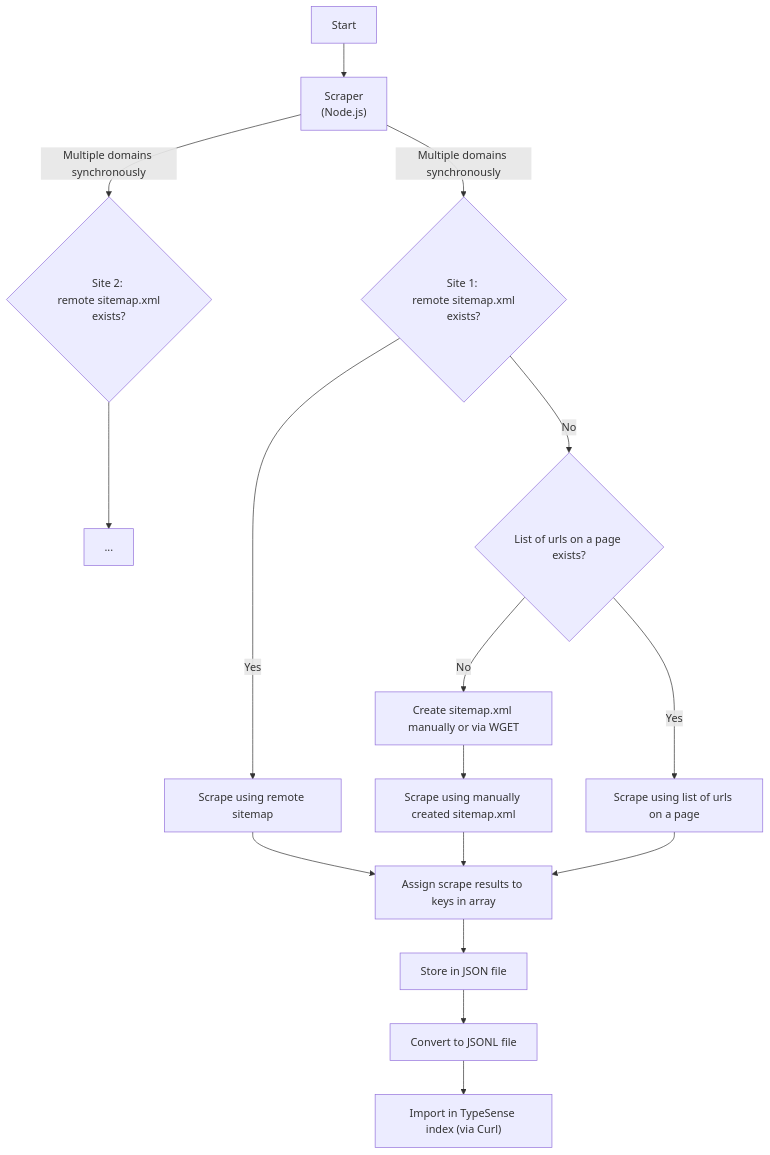
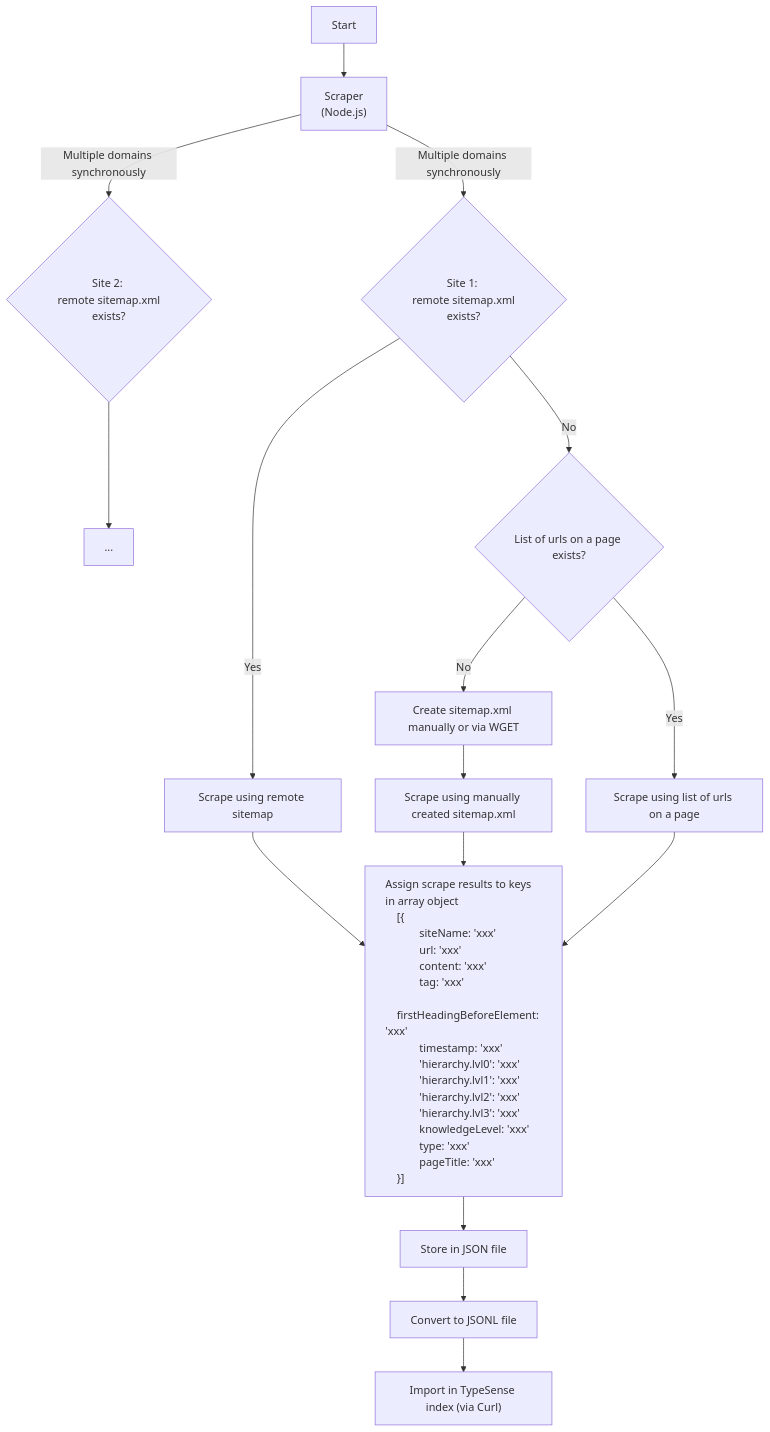
Before and after one commit to WebOfTrust/WOT-terms: the diagram in docs/howto/Create-search-index.md, drawn with Mermaid.

Commit message:
New content

````diff
--- a/docs/howto/Create-search-index.md
+++ b/docs/howto/Create-search-index.md
@@ -3,35 +3,52 @@
 ```mermaid
 
 graph TD
     Start -->
 
     Scraper["Scraper\n(Node.js)"]
     
     Scraper -->|Multiple domains synchronously|N{"Site 1: \n remote sitemap.xml exists?"}
     
     Scraper --> |Multiple domains synchronously|M{"Site 2: \n remote sitemap.xml exists?"} --> ...
     
     N --> |Yes| B[Scrape using remote sitemap]
     
     N --> |No| O{"List of urls on a page exists?"} 
     
     O --> |Yes| P[Scrape using list of urls on a page]
 
     O --> |No| sdf["Create sitemap.xml manually or via WGET"]
 
     sdf --> fgkwiw["Scrape using manually created sitemap.xml"]
 
-    assignKeys["Assign scrape results to keys in array"]
+    assignKeys["Assign scrape results to keys in array object
+    [{
+        &nbsp;&nbsp;&nbsp;&nbsp;siteName: 'xxx'
+        &nbsp;&nbsp;&nbsp;&nbsp;url: 'xxx'
+        &nbsp;&nbsp;&nbsp;&nbsp;content: 'xxx'
+        &nbsp;&nbsp;&nbsp;&nbsp;tag: 'xxx'
+        &nbsp;&nbsp;&nbsp;&nbsp;firstHeadingBeforeElement: 'xxx'
+        &nbsp;&nbsp;&nbsp;&nbsp;timestamp: 'xxx'
+        &nbsp;&nbsp;&nbsp;&nbsp;'hierarchy.lvl0': 'xxx'
+        &nbsp;&nbsp;&nbsp;&nbsp;'hierarchy.lvl1': 'xxx'
+        &nbsp;&nbsp;&nbsp;&nbsp;'hierarchy.lvl2': 'xxx'
+        &nbsp;&nbsp;&nbsp;&nbsp;'hierarchy.lvl3': 'xxx'
+        &nbsp;&nbsp;&nbsp;&nbsp;knowledgeLevel: 'xxx'
+        &nbsp;&nbsp;&nbsp;&nbsp;type: 'xxx'
+        &nbsp;&nbsp;&nbsp;&nbsp;pageTitle: 'xxx'
+    }]
+"]
+style assignKeys text-align: left
     
     B --> assignKeys
     fgkwiw --> assignKeys
     P --> assignKeys
     
     assignKeys --> storeJson["Store in JSON file"]
     storeJson --> storeJsonl["Convert to JSONL file"]
     storeJsonl --> Import["Import in TypeSense index (via Curl)"]
     
 
 
 
 ```
````
